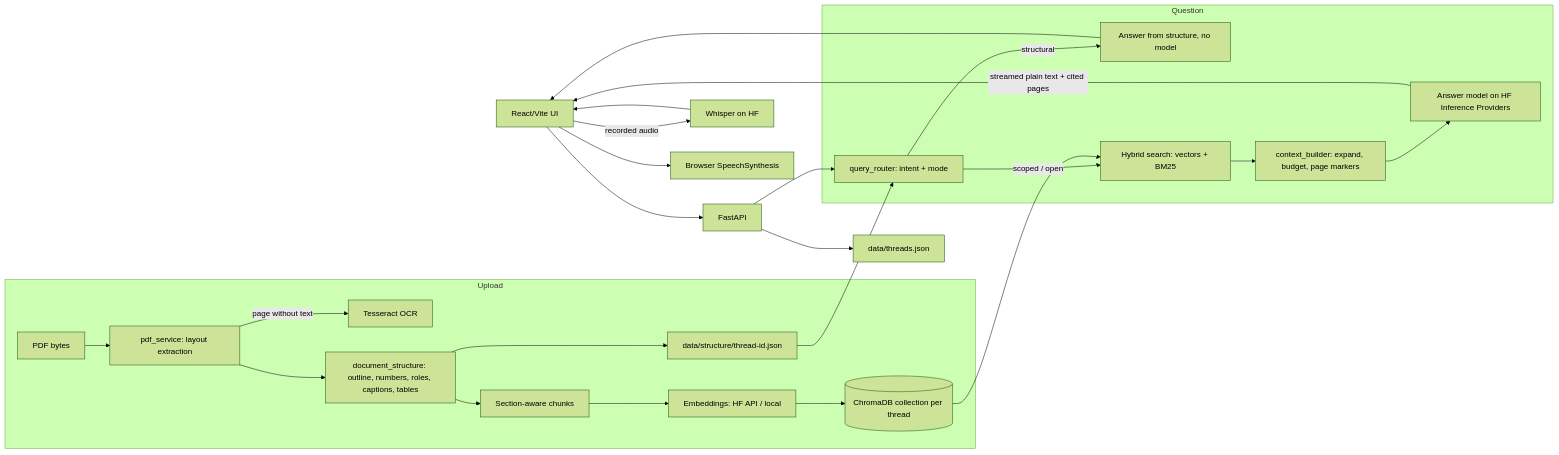
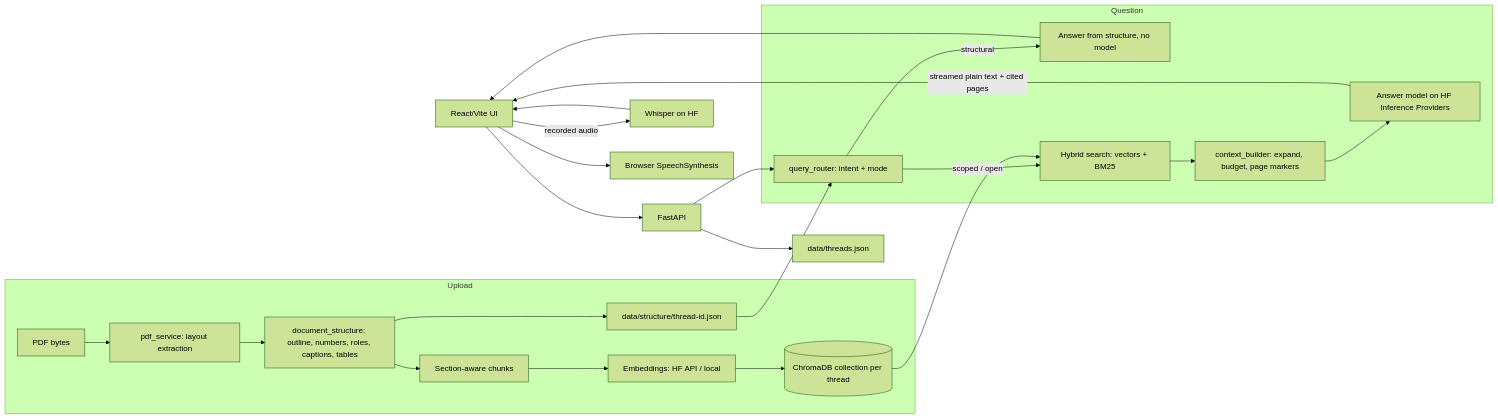
The diagram in docs/architecture.md (Devanshi-athena/PDF-RAG), drawn with Mermaid (forest theme) before and after one commit. The commit also changed other lines of this file and 5 other files, not shown here.

````diff
--- a/docs/architecture.md
+++ b/docs/architecture.md
@@ -5,31 +5,30 @@
 ```mermaid
 flowchart LR
     UI[React/Vite UI] --> API[FastAPI]
     API --> THREADS[data/threads.json]
 
     subgraph Upload
         PDF[PDF bytes] --> EXTRACT[pdf_service: layout extraction]
-        EXTRACT -->|page without text| OCR[Tesseract OCR]
         EXTRACT --> STRUCT[document_structure: outline, numbers, roles, captions, tables]
         STRUCT --> CHUNK[Section-aware chunks]
         CHUNK --> EMBED[Embeddings: HF API / local]
         EMBED --> DB[(ChromaDB collection per thread)]
         STRUCT --> SFILE[data/structure/thread-id.json]
     end
 
     subgraph Question
         ROUTER[query_router: intent + mode] -->|structural| DIRECT[Answer from structure, no model]
         ROUTER -->|scoped / open| SEARCH[Hybrid search: vectors + BM25]
         SEARCH --> CONTEXT[context_builder: expand, budget, page markers]
         CONTEXT --> LLM[Answer model on HF Inference Providers]
     end
 
     API --> ROUTER
     DB --> SEARCH
     SFILE --> ROUTER
     DIRECT --> UI
     LLM -->|streamed plain text + cited pages| UI
     UI -->|recorded audio| ASR[Whisper on HF]
     ASR --> UI
     UI --> TTS[Browser SpeechSynthesis]
 ```
````
